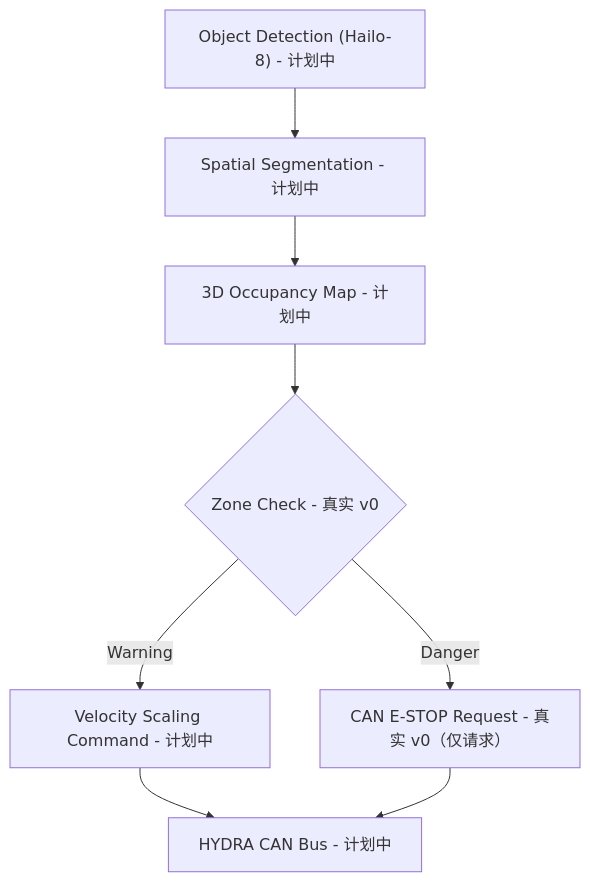
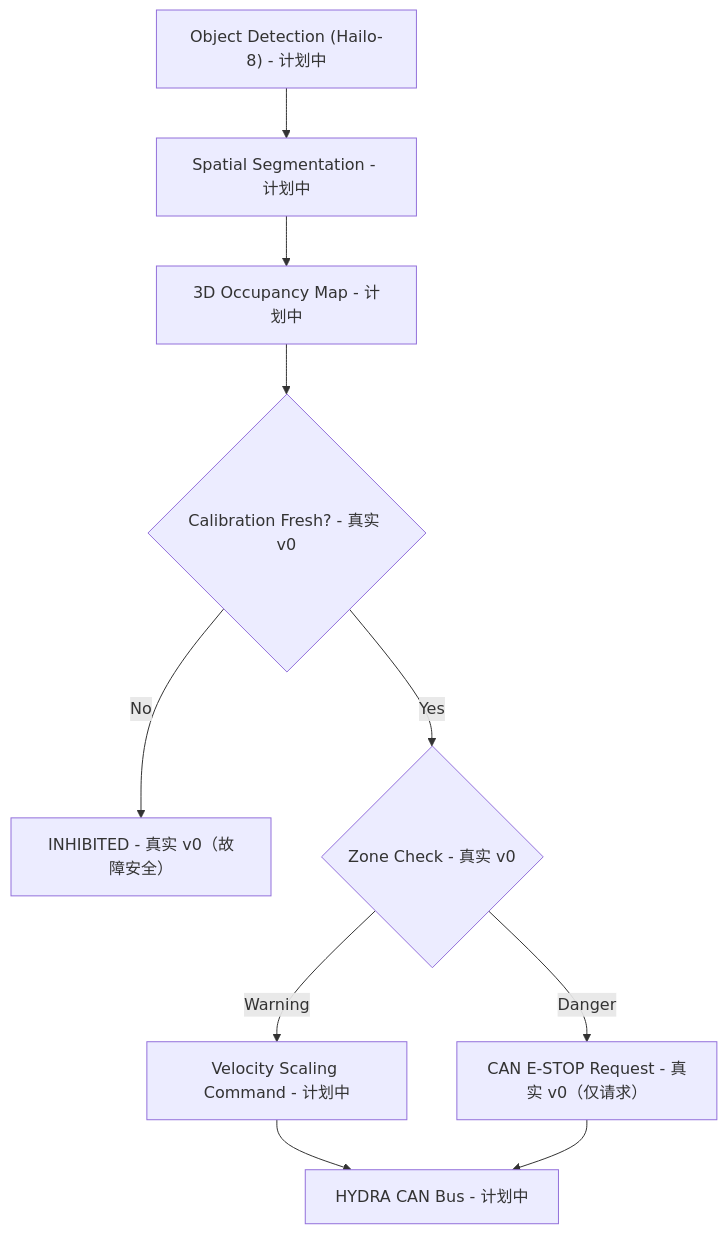
One commit to JuanenRac/HYDRA-UMC-SAFETY-ZONES changed the diagram in README_zho.md. Above: the diagram before and after it, drawn with Mermaid. The commit also changed other lines of this file and 19 other files, not shown here.

````diff
--- a/README_zho.md
+++ b/README_zho.md
@@ -65,10 +69,12 @@
 ```mermaid
 flowchart TB
     DET["Object Detection (Hailo-8) - 计划中"] --> SEG["Spatial Segmentation - 计划中"]
     SEG --> MAP["3D Occupancy Map - 计划中"]
-    MAP --> ZONE{"Zone Check - 真实 v0"}
+    MAP --> CAL{"Calibration Fresh? - 真实 v0"}
+    CAL -- No --> INHIBIT["INHIBITED - 真实 v0（故障安全）"]
+    CAL -- Yes --> ZONE{"Zone Check - 真实 v0"}
     ZONE -- Warning --> SLOW["Velocity Scaling Command - 计划中"]
     ZONE -- Danger --> STOP["CAN E-STOP Request - 真实 v0（仅请求）"]
     SLOW --> CAN["HYDRA CAN Bus - 计划中"]
     STOP --> CAN
 ```
````
